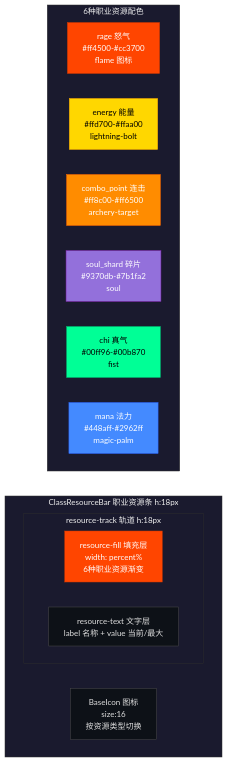
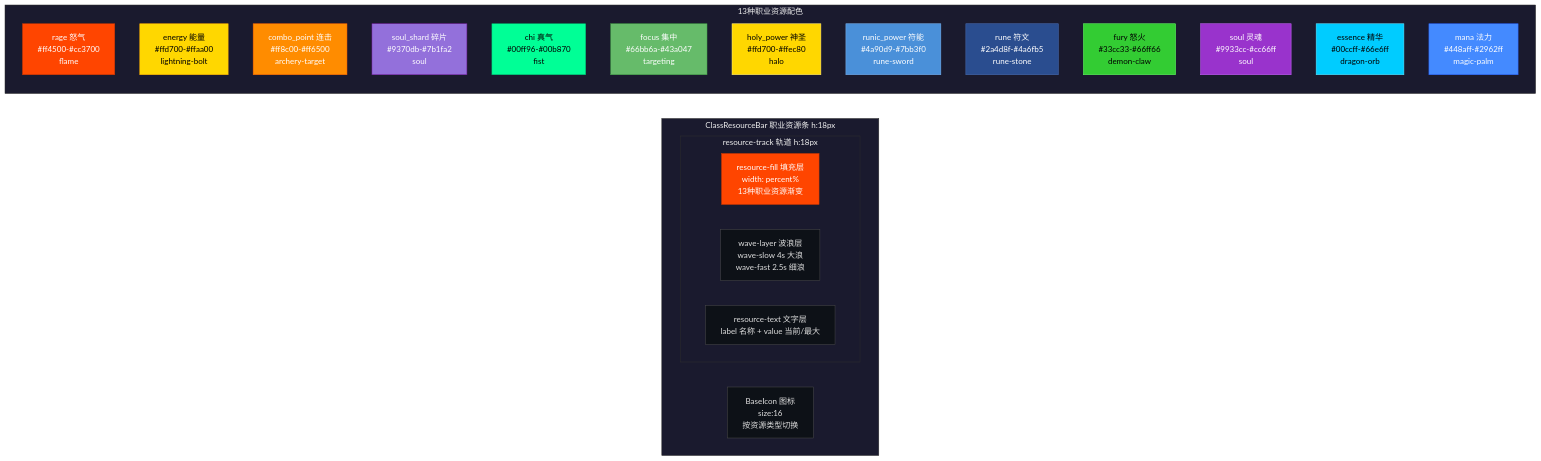
The second of 9 diagrams in doc/UI/UI_DESIGN_SPEC_COMMON.md (SonDemigods/wow_dnd), drawn with Mermaid before and after one commit. The commit also changed other lines of this file and 55 other files, not shown here.

````diff
--- a/doc/UI/UI_DESIGN_SPEC_COMMON.md
+++ b/doc/UI/UI_DESIGN_SPEC_COMMON.md
@@ -664,41 +751,63 @@
 ```mermaid
 flowchart LR
     subgraph bar["ClassResourceBar 职业资源条 h:18px"]
         direction LR
         icon["BaseIcon 图标<br>size:16<br>按资源类型切换"]
         subgraph track["resource-track 轨道 h:18px"]
             direction LR
-            fill["resource-fill 填充层<br>width: percent%<br>6种职业资源渐变"]
+            fill["resource-fill 填充层<br>width: percent%<br>13种职业资源渐变"]
+            wave["wave-layer 波浪层<br>wave-slow 4s 大浪<br>wave-fast 2.5s 细浪"]
             text["resource-text 文字层<br>label 名称 + value 当前/最大"]
         end
     end
 
-    subgraph types["6种职业资源配色"]
-        direction LR
-        rage["rage 怒气<br>#ff4500-#cc3700<br>flame 图标"]
+    subgraph types["13种职业资源配色"]
+        direction TB
+        rage["rage 怒气<br>#ff4500-#cc3700<br>flame"]
         energy["energy 能量<br>#ffd700-#ffaa00<br>lightning-bolt"]
         combo["combo_point 连击<br>#ff8c00-#ff6500<br>archery-target"]
         shard["soul_shard 碎片<br>#9370db-#7b1fa2<br>soul"]
         chi["chi 真气<br>#00ff96-#00b870<br>fist"]
+        focus["focus 集中<br>#66bb6a-#43a047<br>targeting"]
+        holy["holy_power 神圣<br>#ffd700-#ffec80<br>halo"]
+        runic["runic_power 符能<br>#4a90d9-#7bb3f0<br>rune-sword"]
+        rune["rune 符文<br>#2a4d8f-#4a6fb5<br>rune-stone"]
+        fury["fury 怒火<br>#33cc33-#66ff66<br>demon-claw"]
+        soul["soul 灵魂<br>#9933cc-#cc66ff<br>soul"]
+        essence["essence 精华<br>#00ccff-#66e6ff<br>dragon-orb"]
         mana["mana 法力<br>#448aff-#2962ff<br>magic-palm"]
     end
 
     classDef barCls fill:#1a1a2e,stroke:#2d2d2d,color:#f0f0f0
     classDef rageCls fill:#ff4500,stroke:#cc3700,color:#fff
     classDef energyCls fill:#ffd700,stroke:#ffaa00,color:#000
     classDef comboCls fill:#ff8c00,stroke:#ff6500,color:#fff
     classDef shardCls fill:#9370db,stroke:#7b1fa2,color:#fff
     classDef chiCls fill:#00ff96,stroke:#00b870,color:#000
+    classDef focusCls fill:#66bb6a,stroke:#43a047,color:#fff
+    classDef holyCls fill:#ffd700,stroke:#ffec80,color:#000
+    classDef runicCls fill:#4a90d9,stroke:#7bb3f0,color:#fff
+    classDef runeCls fill:#2a4d8f,stroke:#4a6fb5,color:#fff
+    classDef furyCls fill:#33cc33,stroke:#66ff66,color:#000
+    classDef soulCls fill:#9933cc,stroke:#cc66ff,color:#fff
+    classDef essenceCls fill:#00ccff,stroke:#66e6ff,color:#000
     classDef manaCls fill:#448aff,stroke:#2962ff,color:#fff
     classDef textCls fill:#0d1117,stroke:#4a4a4a,color:#e0e0e0
 
     class bar,track,types barCls
     class fill rageCls
     class rage rageCls
     class energy energyCls
     class combo comboCls
     class shard shardCls
     class chi chiCls
+    class focus focusCls
+    class holy holyCls
+    class runic runicCls
+    class rune runeCls
+    class fury furyCls
+    class soul soulCls
+    class essence essenceCls
     class mana manaCls
-    class icon,text textCls
+    class icon,wave,text textCls
 ```
````
